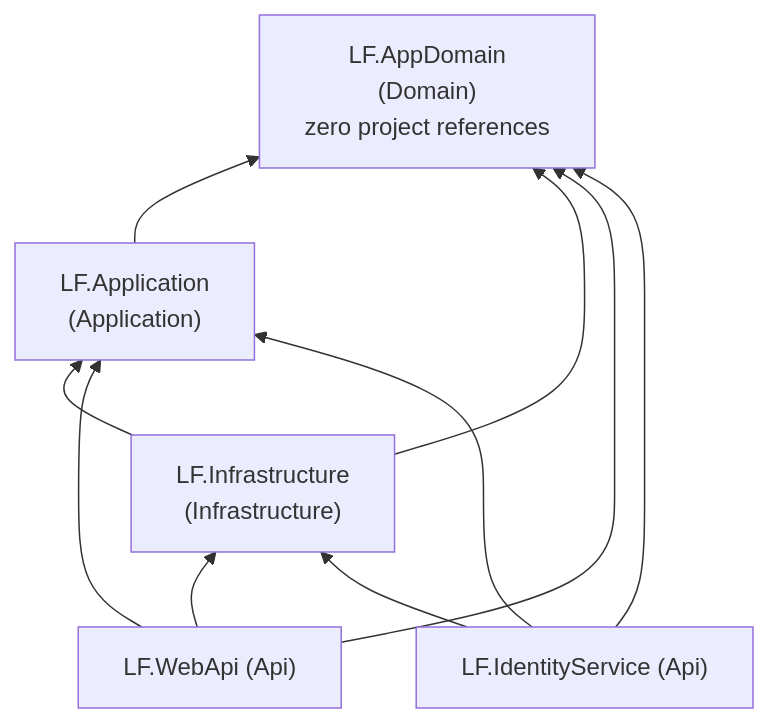
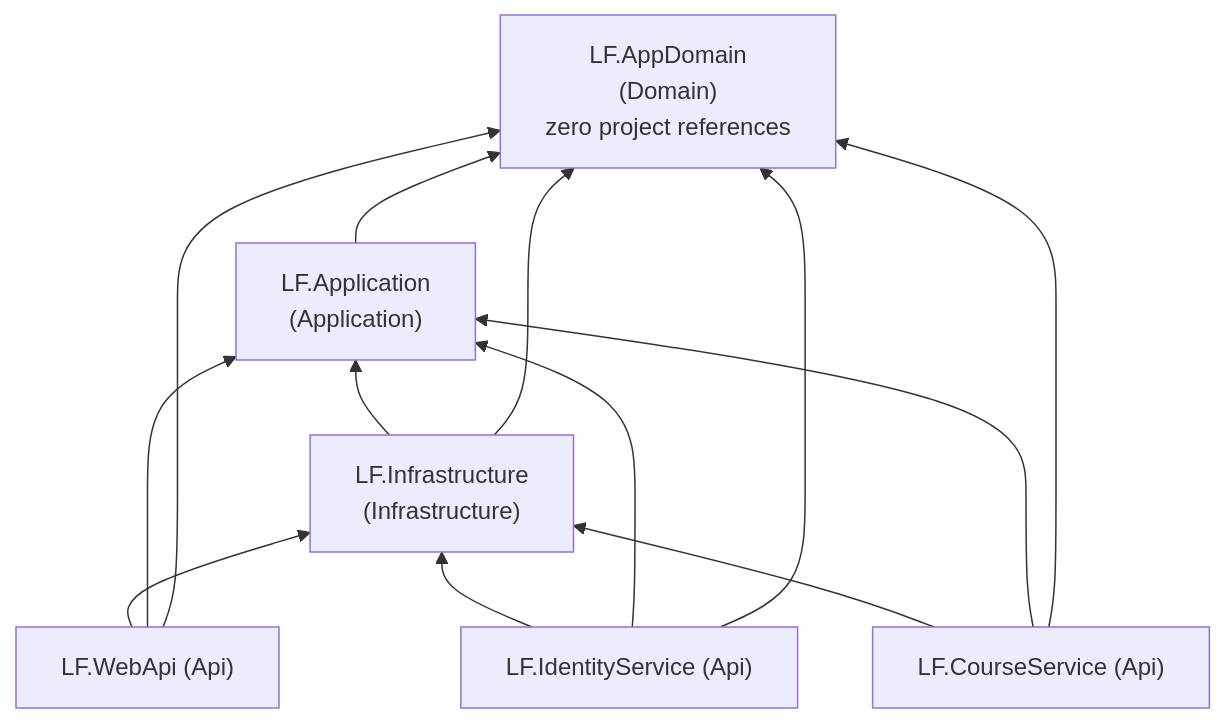
Before and after one commit to TopTuK/LeanForgeLMS: the second of 2 diagrams in README.md, drawn with Mermaid. The commit also changed other lines of this file and 72 other files, not shown here.

````diff
--- a/README.md
+++ b/README.md
@@ -47,18 +54,22 @@
 ```mermaid
 graph BT
     Domain["LF.AppDomain<br/>(Domain)<br/>zero project references"]
     App["LF.Application<br/>(Application)"]
     Infra["LF.Infrastructure<br/>(Infrastructure)"]
     WebApi["LF.WebApi (Api)"]
     IdentitySvc["LF.IdentityService (Api)"]
+    CourseSvc["LF.CourseService (Api)"]
 
     App --> Domain
     Infra --> App
     Infra --> Domain
     WebApi --> Infra
     WebApi --> App
     WebApi --> Domain
     IdentitySvc --> Infra
     IdentitySvc --> App
     IdentitySvc --> Domain
+    CourseSvc --> Infra
+    CourseSvc --> App
+    CourseSvc --> Domain
 ```
````
